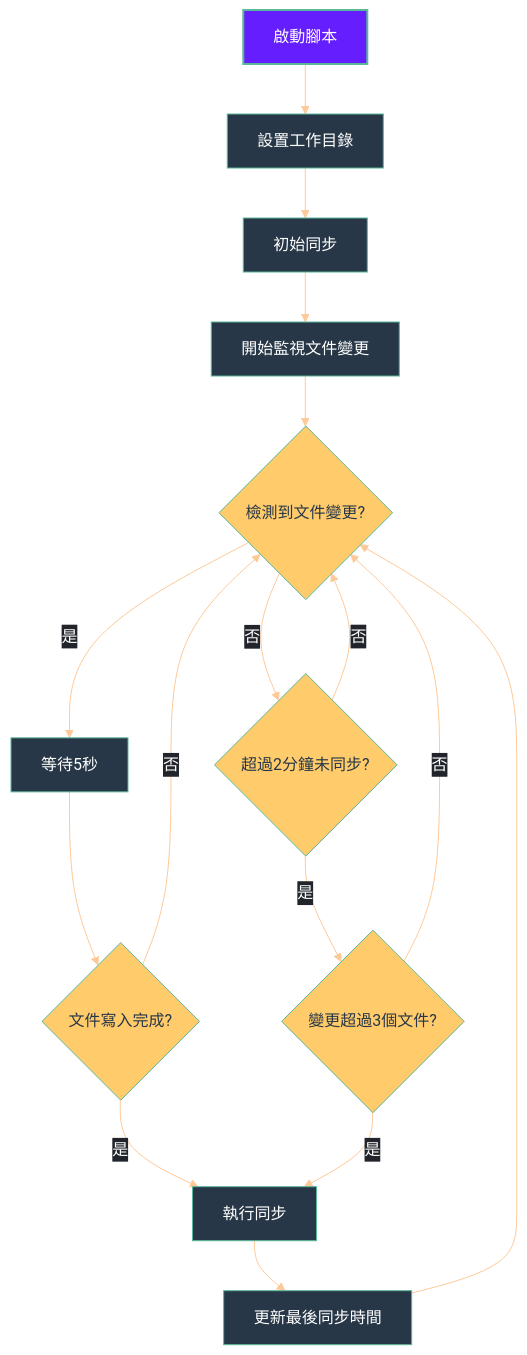
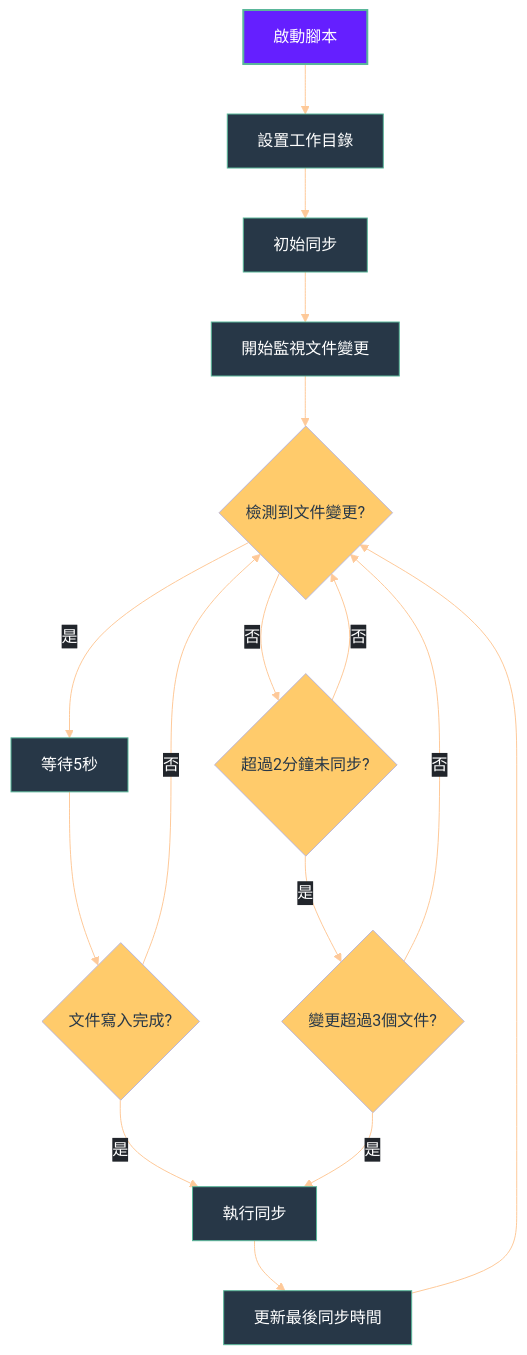
One commit to GengGeng026/Sync-Logseq changed the second of 2 diagrams in Logseq同步方案演進記錄.md. Above: the diagram before and after it, drawn with Mermaid.

Commit message:
Auto saved by Logseq

````diff
--- a/Logseq同步方案演進記錄.md
+++ b/Logseq同步方案演進記錄.md
@@ -375,52 +375,52 @@
 ```mermaid
 %%{init: {
   'theme': 'base', 
   'themeVariables': {
     'primaryColor': '#19E9D9',
     'primaryTextColor': '#FFFFFF',
     'primaryBorderColor': '#59B79A',
     'lineColor': '#FEC999',
     'secondaryColor': '#FFCB6B',
     'tertiaryColor': '#F07178',
     'background': 'transparent',
     'textColor': '#EEFFFF',
     'mainBkg': '#273747',
     'nodeBorder': '#59B79A',
     'clusterBkg': 'transparent',
     'edgeLabelBackground': '#21252B'
   },
   'flowchart': {
     'curve': 'basis',
     'nodeSpacing': 50,
     'rankSpacing': 50,
     'padding': 15
   }
 }}%%
 flowchart TD
     %% 節點樣式優化
     classDef start fill:#651FFF,stroke:#59B79A,color:#FFFFFF,stroke-width:2px;
     classDef process fill:#19E9D,stroke:#59B79A,color:#FFFFFF,stroke-width:1px;
-    classDef condition fill:#FFCB6B,stroke:#59B79A,color:#273747,stroke-width:1px,shape:diamond;
+    classDef condition fill:#FFCB6B,stroke:#B9B5D9,color:#273747,stroke-width:1px,shape:diamond;
     classDef action fill:#F07178,stroke:#59B79A,color:#FFFFFF,stroke-width:1px;
     
     A[啟動腳本] --> B[設置工作目錄]
     B --> C[初始同步]
     C --> D[開始監視文件變更]
     D --> E{檢測到文件變更?}
     E -->|是| F[等待5秒]
     F --> G{文件寫入完成?}
     G -->|是| H[執行同步]
     G -->|否| E
     E -->|否| I{超過2分鐘未同步?}
     I -->|是| J{變更超過3個文件?}
     J -->|是| H
     J -->|否| E
     I -->|否| E
     H --> K[更新最後同步時間]
     K --> E
     
     %% 應用樣式
     class A start;
     class B,C,D,F,H,K process;
     class E,G,I,J condition;
 ```
````
